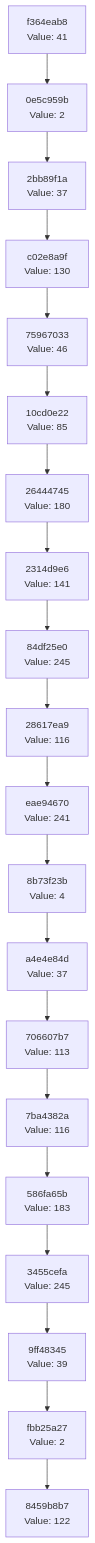
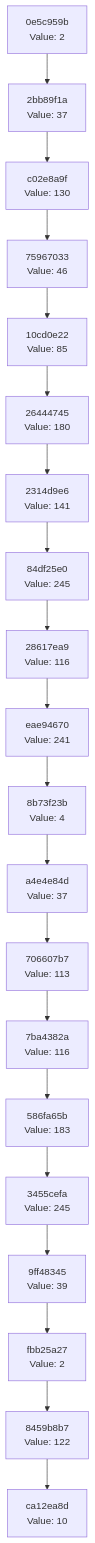
The diagram in docs/CHAIN_VISUALIZATION.md (Abhisheksinha1506/hash-chain-evolver), drawn with Mermaid before and after one commit. The commit also changed 3 other files, not shown here.

````diff
--- a/docs/CHAIN_VISUALIZATION.md
+++ b/docs/CHAIN_VISUALIZATION.md
@@ -3,42 +3,42 @@
 ```mermaid
 graph TD
-    C0["8459b8b7<br/>Value: 122"]
-    C1["fbb25a27<br/>Value: 2"]
+    C0["ca12ea8d<br/>Value: 10"]
+    C1["8459b8b7<br/>Value: 122"]
     C1 --> C0
-    C2["9ff48345<br/>Value: 39"]
+    C2["fbb25a27<br/>Value: 2"]
     C2 --> C1
-    C3["3455cefa<br/>Value: 245"]
+    C3["9ff48345<br/>Value: 39"]
     C3 --> C2
-    C4["586fa65b<br/>Value: 183"]
+    C4["3455cefa<br/>Value: 245"]
     C4 --> C3
-    C5["7ba4382a<br/>Value: 116"]
+    C5["586fa65b<br/>Value: 183"]
     C5 --> C4
-    C6["706607b7<br/>Value: 113"]
+    C6["7ba4382a<br/>Value: 116"]
     C6 --> C5
-    C7["a4e4e84d<br/>Value: 37"]
+    C7["706607b7<br/>Value: 113"]
     C7 --> C6
-    C8["8b73f23b<br/>Value: 4"]
+    C8["a4e4e84d<br/>Value: 37"]
     C8 --> C7
-    C9["eae94670<br/>Value: 241"]
+    C9["8b73f23b<br/>Value: 4"]
     C9 --> C8
-    C10["28617ea9<br/>Value: 116"]
+    C10["eae94670<br/>Value: 241"]
     C10 --> C9
-    C11["84df25e0<br/>Value: 245"]
+    C11["28617ea9<br/>Value: 116"]
     C11 --> C10
-    C12["2314d9e6<br/>Value: 141"]
+    C12["84df25e0<br/>Value: 245"]
     C12 --> C11
-    C13["26444745<br/>Value: 180"]
+    C13["2314d9e6<br/>Value: 141"]
     C13 --> C12
-    C14["10cd0e22<br/>Value: 85"]
+    C14["26444745<br/>Value: 180"]
     C14 --> C13
-    C15["75967033<br/>Value: 46"]
+    C15["10cd0e22<br/>Value: 85"]
     C15 --> C14
-    C16["c02e8a9f<br/>Value: 130"]
+    C16["75967033<br/>Value: 46"]
     C16 --> C15
-    C17["2bb89f1a<br/>Value: 37"]
+    C17["c02e8a9f<br/>Value: 130"]
     C17 --> C16
-    C18["0e5c959b<br/>Value: 2"]
+    C18["2bb89f1a<br/>Value: 37"]
     C18 --> C17
-    C19["f364eab8<br/>Value: 41"]
+    C19["0e5c959b<br/>Value: 2"]
     C19 --> C18
 ```
````
